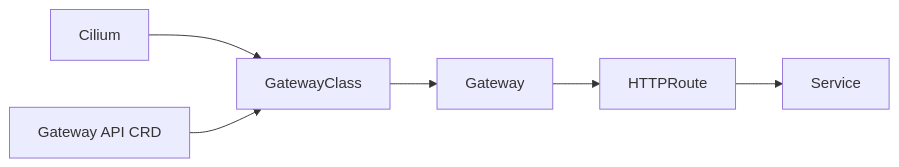
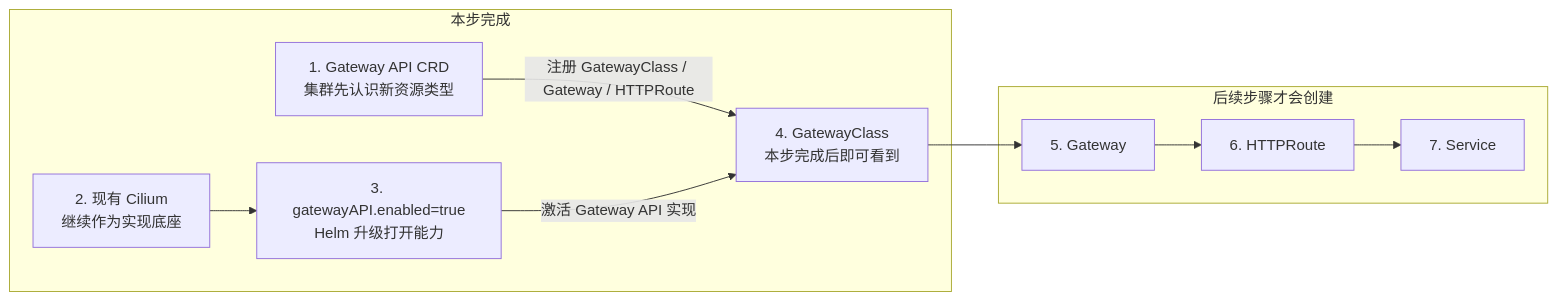
Before and after one commit to hwang-protocol/docker_k8s_2026: the diagram in k8s/03-north-south-traffic/docs/04_enable_gateway_api.md, drawn with Mermaid. The commit also changed other lines of this file and 4 other files, not shown here.

````diff
--- a/k8s/03-north-south-traffic/docs/04_enable_gateway_api.md
+++ b/k8s/03-north-south-traffic/docs/04_enable_gateway_api.md
@@ -45,15 +32,22 @@
 ```mermaid
 flowchart LR
-  cilium[Cilium]
-  crd[Gateway API CRD]
-  gc[GatewayClass]
-  gw[Gateway]
-  route[HTTPRoute]
-  svc[Service]
+  subgraph now["本步完成"]
+    crd["1. Gateway API CRD<br/>集群先认识新资源类型"]
+    cilium["2. 现有 Cilium<br/>继续作为实现底座"]
+    values["3. gatewayAPI.enabled=true<br/>Helm 升级打开能力"]
+    gc["4. GatewayClass<br/>本步完成后即可看到"]
+  end
 
-  cilium --> gc
-  crd --> gc
+  subgraph later["后续步骤才会创建"]
+    gw["5. Gateway"]
+    route["6. HTTPRoute"]
+    svc["7. Service"]
+  end
+
+  crd -->|注册 GatewayClass / Gateway / HTTPRoute| gc
+  cilium --> values
+  values -->|激活 Gateway API 实现| gc
   gc --> gw
   gw --> route
   route --> svc
 ```
````
